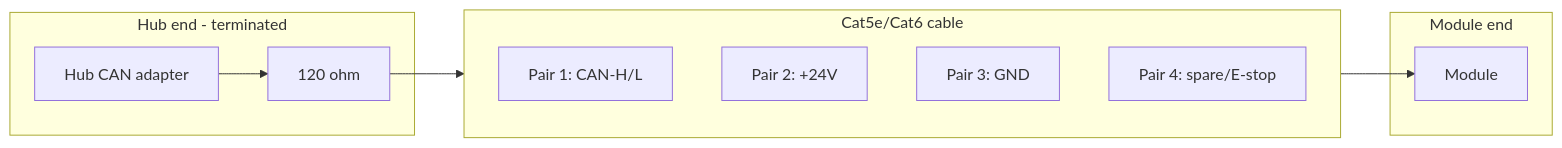
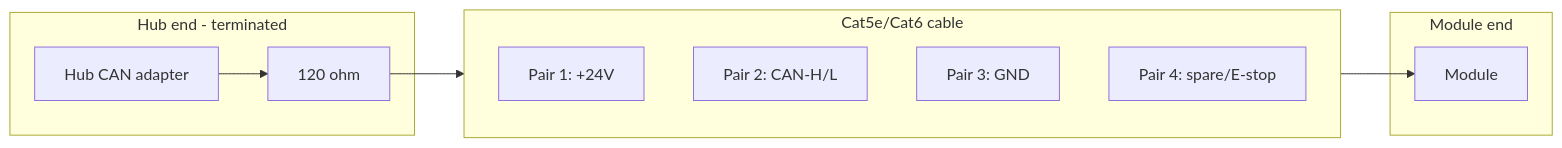
The diagram in docs/protocol/plantbus-physical-layer.md (danalexilewis/plant-ark), drawn with Mermaid before and after one commit. The commit also changed other lines of this file and 36 other files, not shown here.

````diff
--- a/docs/protocol/plantbus-physical-layer.md
+++ b/docs/protocol/plantbus-physical-layer.md
@@ -29,20 +31,20 @@
 ```mermaid
 flowchart LR
     subgraph hubEnd [Hub end - terminated]
         HU[Hub CAN adapter]
         RT1[120 ohm]
     end
 
     subgraph cable [Cat5e/Cat6 cable]
-        CANP[Pair 1: CAN-H/L]
-        VP[Pair 2: +24V]
+        VP[Pair 1: +24V]
+        CANP[Pair 2: CAN-H/L]
         GP[Pair 3: GND]
         SP[Pair 4: spare/E-stop]
     end
 
     subgraph modEnd [Module end]
         MOD[Module]
     end
 
     HU --> RT1 --> cable --> MOD
 ```
````
